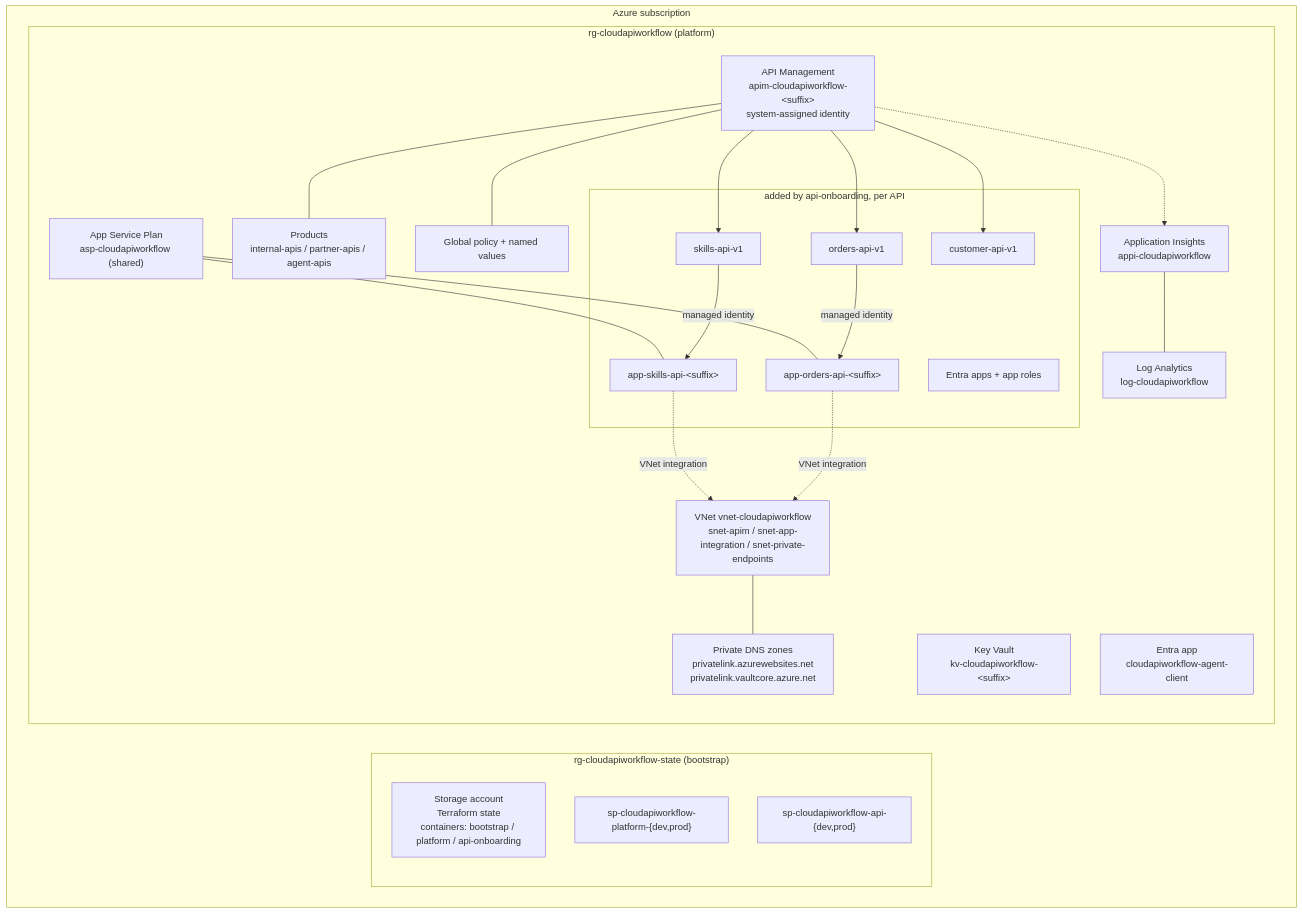
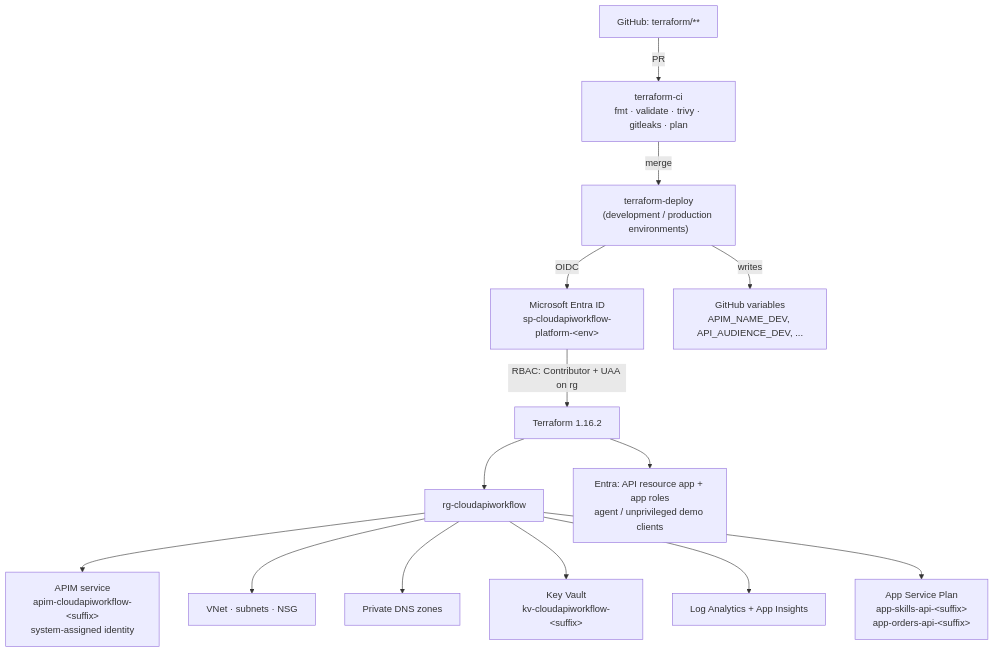
One commit to sampleworthy/cloudapiworkflow changed the first of 9 diagrams in docs/architecture.md. Above: the diagram before and after it, drawn with Mermaid. The commit also changed other lines of this file and 127 other files, not shown here.

First line of the commit message:
Adopt Microsoft APIOps for the API lifecycle; Terraform owns the platform only

````diff
--- a/docs/architecture.md
+++ b/docs/architecture.md
@@ -9,41 +12,16 @@
 ```mermaid
 flowchart TB
-    subgraph SUB["Azure subscription"]
-        subgraph STATE["rg-cloudapiworkflow-state (bootstrap)"]
-            ST["Storage account<br/>Terraform state<br/>containers: bootstrap / platform / api-onboarding"]
-            SP1["sp-cloudapiworkflow-platform-{dev,prod}"]
-            SP2["sp-cloudapiworkflow-api-{dev,prod}"]
-        end
-        subgraph RG["rg-cloudapiworkflow (platform)"]
-            APIM["API Management<br/>apim-cloudapiworkflow-&lt;suffix&gt;<br/>system-assigned identity"]
-            PROD["Products<br/>internal-apis / partner-apis / agent-apis"]
-            POL["Global policy + named values"]
-            VNET["VNet vnet-cloudapiworkflow<br/>snet-apim / snet-app-integration / snet-private-endpoints"]
-            DNS["Private DNS zones<br/>privatelink.azurewebsites.net<br/>privatelink.vaultcore.azure.net"]
-            KV["Key Vault<br/>kv-cloudapiworkflow-&lt;suffix&gt;"]
-            LAW["Log Analytics<br/>log-cloudapiworkflow"]
-            AI["Application Insights<br/>appi-cloudapiworkflow"]
-            ASP["App Service Plan<br/>asp-cloudapiworkflow (shared)"]
-            AGENT["Entra app<br/>cloudapiworkflow-agent-client"]
-            subgraph ONB["added by api-onboarding, per API"]
-                API1["skills-api-v1"]
-                API2["orders-api-v1"]
-                API3["customer-api-v1"]
-                WA1["app-skills-api-&lt;suffix&gt;"]
-                WA2["app-orders-api-&lt;suffix&gt;"]
-                ID1["Entra apps + app roles"]
-            end
-        end
-    end
-    APIM --- PROD
-    APIM --- POL
-    APIM -.-> AI
-    AI --- LAW
-    ASP --- WA1
-    ASP --- WA2
-    APIM --> API1 & API2 & API3
-    API1 -->|managed identity| WA1
-    API2 -->|managed identity| WA2
-    WA1 & WA2 -.->|VNet integration| VNET
-    VNET --- DNS
+    GH["GitHub: terraform/**"] -->|PR| CI["terraform-ci<br/>fmt · validate · trivy · gitleaks · plan"]
+    CI -->|merge| DEP["terraform-deploy<br/>(development / production environments)"]
+    DEP -->|OIDC| ENTRA["Microsoft Entra ID<br/>sp-cloudapiworkflow-platform-&lt;env&gt;"]
+    ENTRA -->|RBAC: Contributor + UAA on rg| TF["Terraform 1.16.2"]
+    TF --> RG["rg-cloudapiworkflow"]
+    RG --> APIM["APIM service<br/>apim-cloudapiworkflow-&lt;suffix&gt;<br/>system-assigned identity"]
+    RG --> VNET["VNet · subnets · NSG"]
+    RG --> DNS["Private DNS zones"]
+    RG --> KV["Key Vault<br/>kv-cloudapiworkflow-&lt;suffix&gt;"]
+    RG --> MON["Log Analytics + App Insights"]
+    RG --> ASP["App Service Plan<br/>app-skills-api-&lt;suffix&gt;<br/>app-orders-api-&lt;suffix&gt;"]
+    TF --> ID["Entra: API resource app + app roles<br/>agent / unprivileged demo clients"]
+    DEP -->|writes| VARS["GitHub variables<br/>APIM_NAME_DEV, API_AUDIENCE_DEV, ..."]
 ```
````
